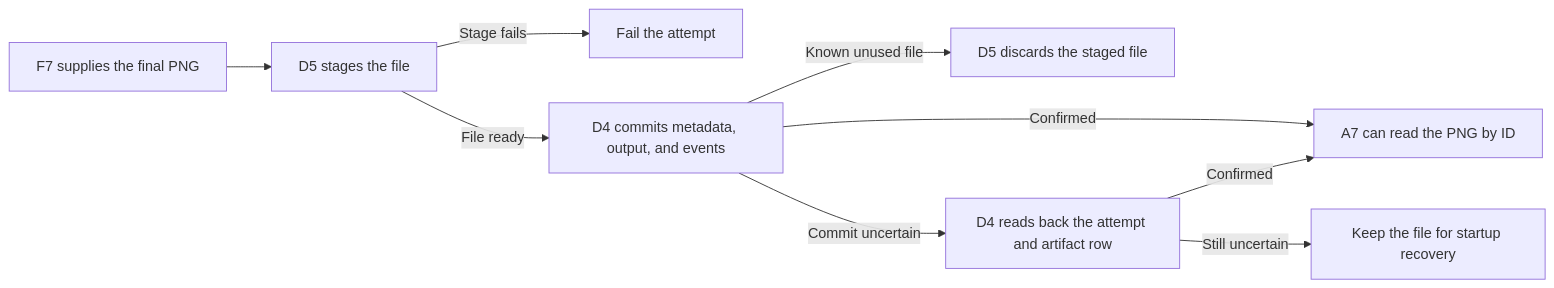
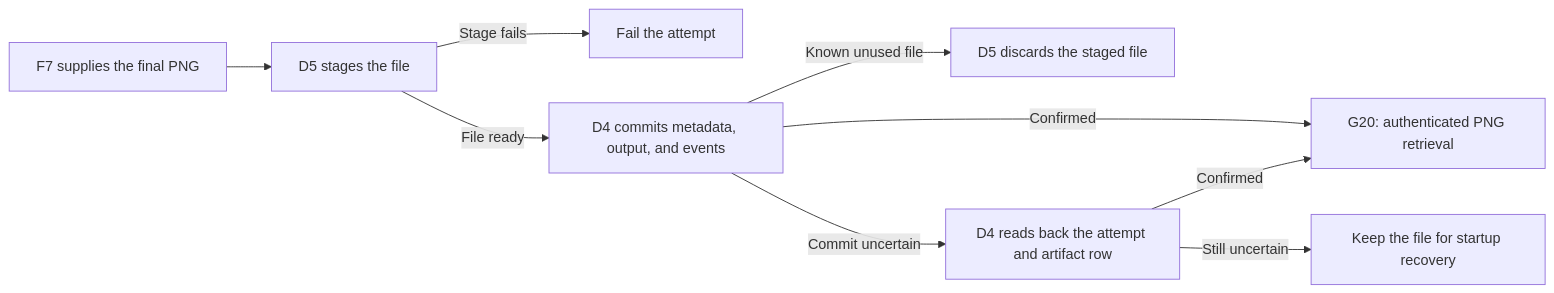
Before and after one commit to A2MaTex/a2matex-docs: the diagram in components/a2matex-runtime/d_persistence/d5_artifact_store.md, drawn with Mermaid. The commit also changed other lines of this file and 19 other files, not shown here.

````diff
--- a/components/a2matex-runtime/d_persistence/d5_artifact_store.md
+++ b/components/a2matex-runtime/d_persistence/d5_artifact_store.md
@@ -10,11 +10,11 @@
 ```mermaid
 flowchart LR
     F[F7 supplies the final PNG] --> S[D5 stages the file]
     S -->|Stage fails| E[Fail the attempt]
     S -->|File ready| C[D4 commits metadata, output, and events]
-    C -->|Confirmed| R[A7 can read the PNG by ID]
+    C -->|Confirmed| R[G20: authenticated PNG retrieval]
     C -->|Known unused file| X[D5 discards the staged file]
     C -->|Commit uncertain| V[D4 reads back the attempt and artifact row]
     V -->|Confirmed| R
     V -->|Still uncertain| P[Keep the file for startup recovery]
 ```
````
